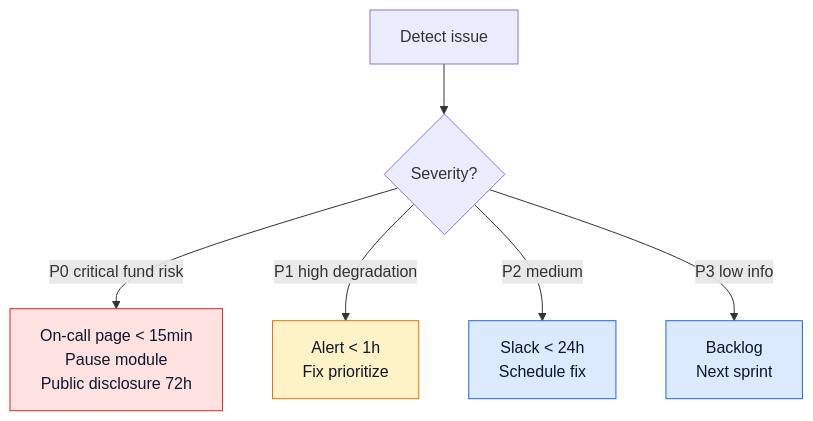
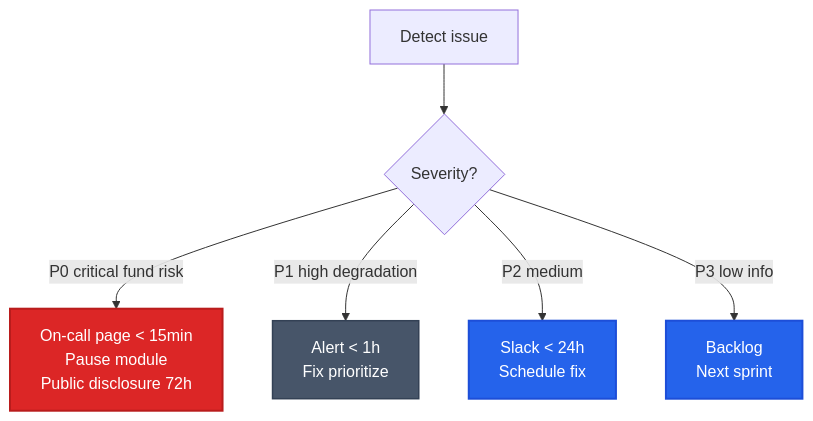
The third of 3 diagrams in vi_v6/giao-thuc/bao-mat.md (PrediX-Protocol/predix-docs), drawn with Mermaid before and after one commit. The commit also changed other lines of this file and 32 other files, not shown here.

First line of the commit message:
docs(vi_v6): redesign Mermaid theme — solid mid-tone palette + dark theme

````diff
--- a/vi_v6/giao-thuc/bao-mat.md
+++ b/vi_v6/giao-thuc/bao-mat.md
@@ -150,15 +150,15 @@
 ```mermaid
 flowchart TD
     Detect[Detect issue] --> Triage{Severity?}
     Triage -->|P0 critical fund risk| P0[On-call page < 15min<br/>Pause module<br/>Public disclosure 72h]
     Triage -->|P1 high degradation| P1[Alert < 1h<br/>Fix prioritize]
     Triage -->|P2 medium| P2[Slack < 24h<br/>Schedule fix]
     Triage -->|P3 low info| P3[Backlog<br/>Next sprint]
 
-    classDef crit fill:#fee2e2,stroke:#dc2626,color:#0f172a
-    classDef high fill:#fef3c7,stroke:#d97706,color:#0f172a
-    classDef low fill:#dbeafe,stroke:#2563eb,color:#0f172a
+    classDef crit fill:#dc2626,stroke:#b91c1c,color:#fff,stroke-width:2px
+    classDef high fill:#475569,stroke:#334155,color:#fff,stroke-width:1.5px
+    classDef low fill:#2563eb,stroke:#1d4ed8,color:#fff,stroke-width:2px
     class P0 crit
     class P1 high
     class P2,P3 low
 ```
````
